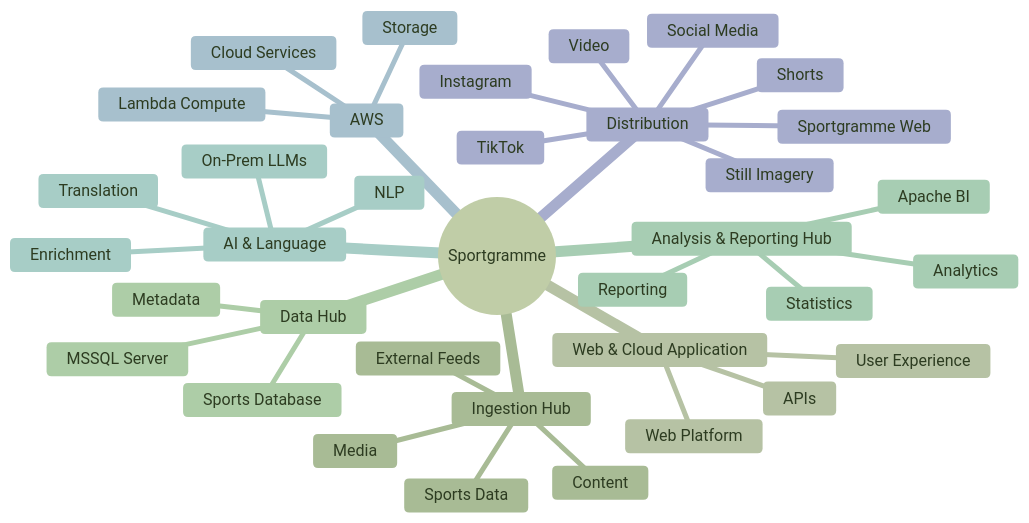
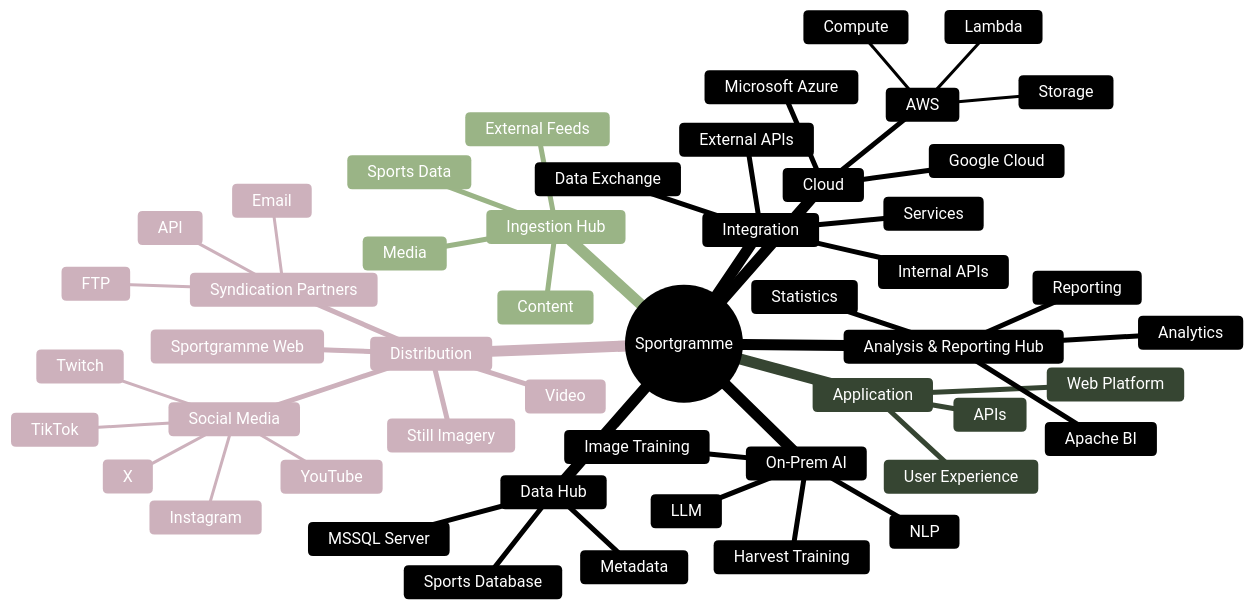
The diagram in Conceptual Views/IT and Integration Landscape.md (sportgramme/.github), drawn with Mermaid before and after one commit. The commit also changed other lines of this file, not shown here.

Commit message:
Enhance IT landscape with on-prem AI capabilities
Updated the IT landscape document to reflect the integration of on-premise AI capabilities and clarified the conceptual structure. Added details on the distinct capabilities within the Sportgramme technology landscape.

````diff
--- a/Conceptual Views/IT and Integration Landscape.md
+++ b/Conceptual Views/IT and Integration Landscape.md
@@ -7,71 +24,77 @@
-```mermaid id="k2p6vz"
+```mermaid id="8q4m2x"
 %%{init: {
-  "theme":"base",
+  "theme": "base",
   "themeVariables": {
-    "background":"#FFFFFF",
-
-    "primaryColor":"#FAFBF8",
-    "primaryTextColor":"#2D3C21",
-    "primaryBorderColor":"#2D3C21",
-
-    "secondaryColor":"#F3F5F0",
-    "secondaryTextColor":"#2D3C21",
-
-    "tertiaryColor":"#E8EDE3",
-    "tertiaryTextColor":"#2D3C21",
-
-    "lineColor":"#556B42",
-
-    "clusterBkg":"#FBFCFA",
-    "clusterBorder":"#8A9B7A",
-
-    "mainBkg":"#FAFBF8",
-    "nodeBorder":"#556B42"
+    "background": "#F7F5EF",
+    "primaryColor": "#2F4A32",
+    "primaryTextColor": "#FFFFFF",
+    "primaryBorderColor": "#233A27",
+    "secondaryColor": "#6F8F68",
+    "secondaryTextColor": "#FFFFFF",
+    "tertiaryColor": "#DCE5D5",
+    "tertiaryTextColor": "#263526",
+    "lineColor": "#6F8068",
+    "fontFamily": "Arial, Helvetica, sans-serif"
   }
 }}%%
 
 mindmap
   root((Sportgramme))
 
-    Web & Cloud Application
+    Application
       Web Platform
       User Experience
       APIs
 
     Ingestion Hub
       Sports Data
       Content
       Media
       External Feeds
 
     Data Hub
       MSSQL Server
       Sports Database
       Metadata
 
     Analysis & Reporting Hub
       Apache BI
       Analytics
       Statistics
       Reporting
 
-    AI & Language
-      On-Prem LLMs
+    On-Prem AI
+      LLM
       NLP
-      Enrichment
-      Translation
+      Image Training
+      Harvest Training
 
-    AWS
-      Lambda Compute
-      Storage
-      Cloud Services
+    Cloud
+      AWS
+        Lambda
+        Compute
+        Storage
+      Microsoft Azure
+      Google Cloud
+
+    Integration
+      Internal APIs
+      External APIs
+      Data Exchange
+      Services
 
     Distribution
       Sportgramme Web
       Social Media
+        TikTok
+        Instagram
+        YouTube
+        Twitch
+        X
       Video
       Still Imagery
-      TikTok
-      Instagram
-      Shorts
+      Syndication Partners
+        API
+        FTP
+        Email
 ```
````
